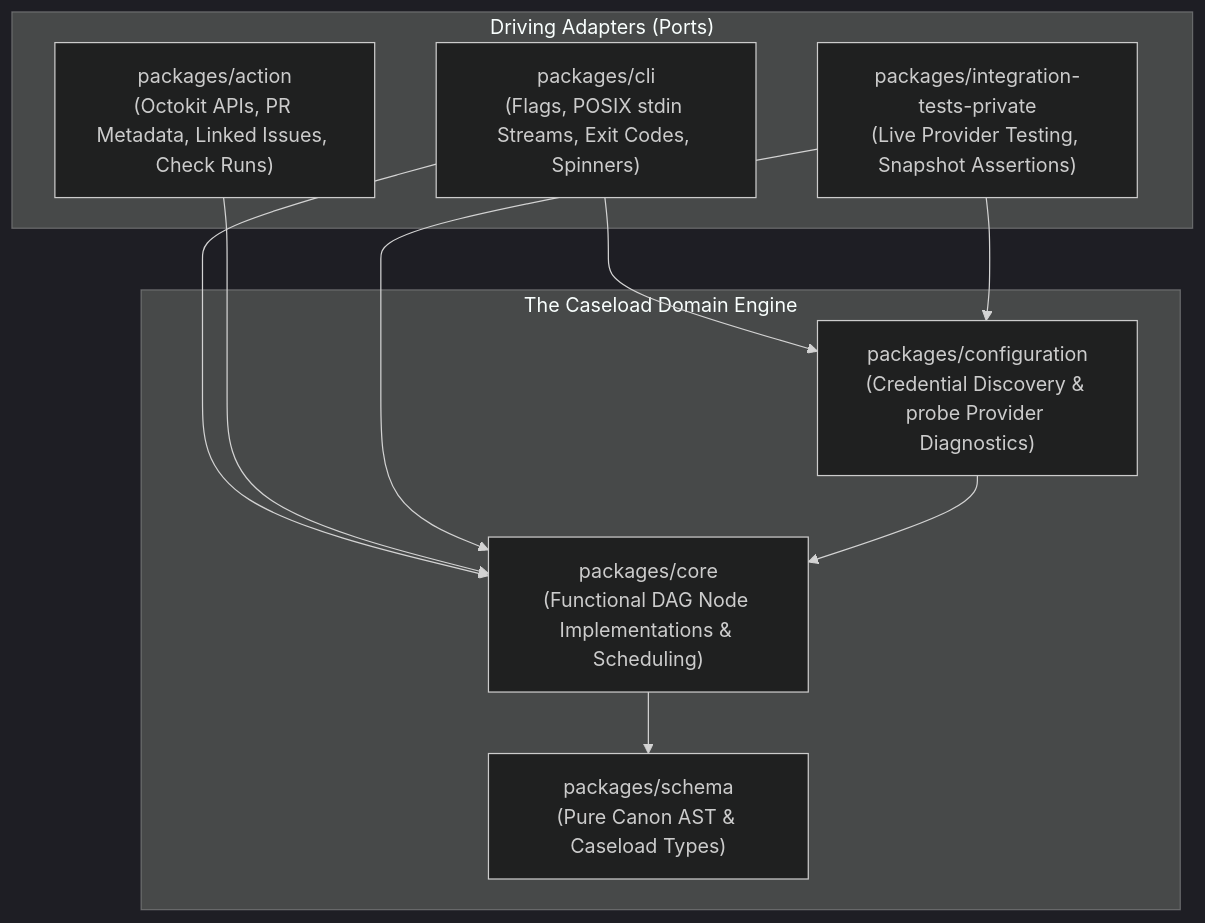
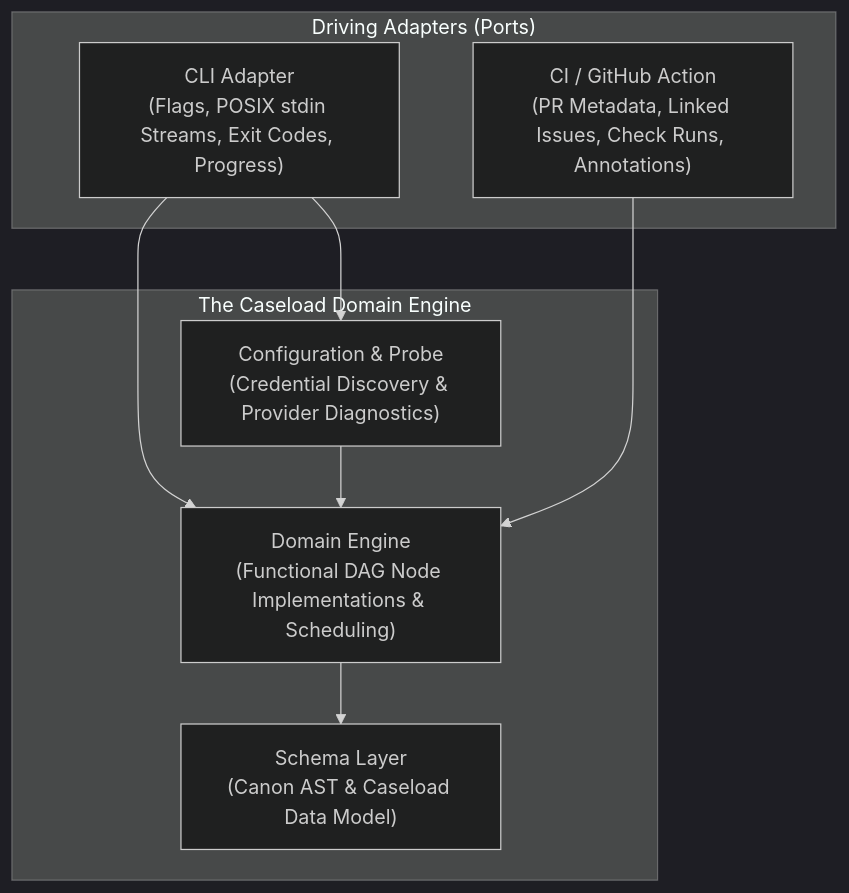
Before and after one commit to PAIR-code/canon-clerk: the second of 3 diagrams in docs/architecture/overview.md, drawn with Mermaid (dark theme). The commit also changed other lines of this file and 350 other files, not shown here.

````diff
--- a/docs/architecture/overview.md
+++ b/docs/architecture/overview.md
@@ -90,23 +90,20 @@
 ```mermaid
 flowchart TD
     subgraph DrivingAdapters ["Driving Adapters (Ports)"]
-        CLI["packages/cli<br/>(Flags, POSIX stdin Streams, Exit Codes, Spinners)"]
-        Action["packages/action<br/>(Octokit APIs, PR Metadata, Linked Issues, Check Runs)"]
-        Integ["packages/integration-tests-private<br/>(Live Provider Testing, Snapshot Assertions)"]
+        CLI["CLI Adapter<br/>(Flags, POSIX stdin Streams, Exit Codes, Progress)"]
+        Action["CI / GitHub Action<br/>(PR Metadata, Linked Issues, Check Runs, Annotations)"]
     end
 
     subgraph CoreEngine ["The Caseload Domain Engine"]
-        Core["packages/core<br/>(Functional DAG Node Implementations & Scheduling)"]
-        Config["packages/configuration<br/>(Credential Discovery & probe Provider Diagnostics)"]
-        Schema["packages/schema<br/>(Pure Canon AST & Caseload Types)"]
+        Core["Domain Engine<br/>(Functional DAG Node Implementations & Scheduling)"]
+        Config["Configuration & Probe<br/>(Credential Discovery & Provider Diagnostics)"]
+        Schema["Schema Layer<br/>(Canon AST & Caseload Data Model)"]
     end
 
     CLI --> Core
     CLI --> Config
     Action --> Core
-    Integ --> Core
-    Integ --> Config
 
     Config --> Core
     Core --> Schema
 ```
````
